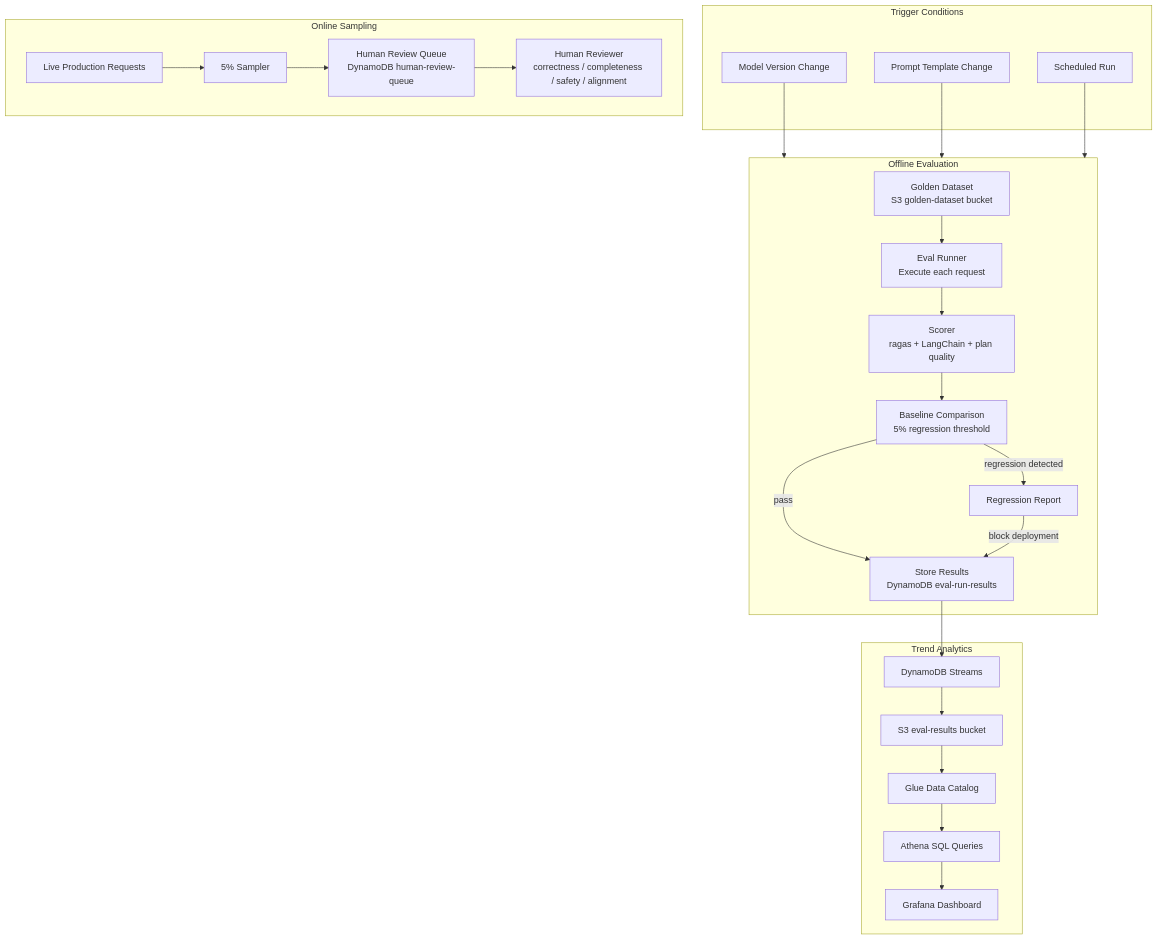
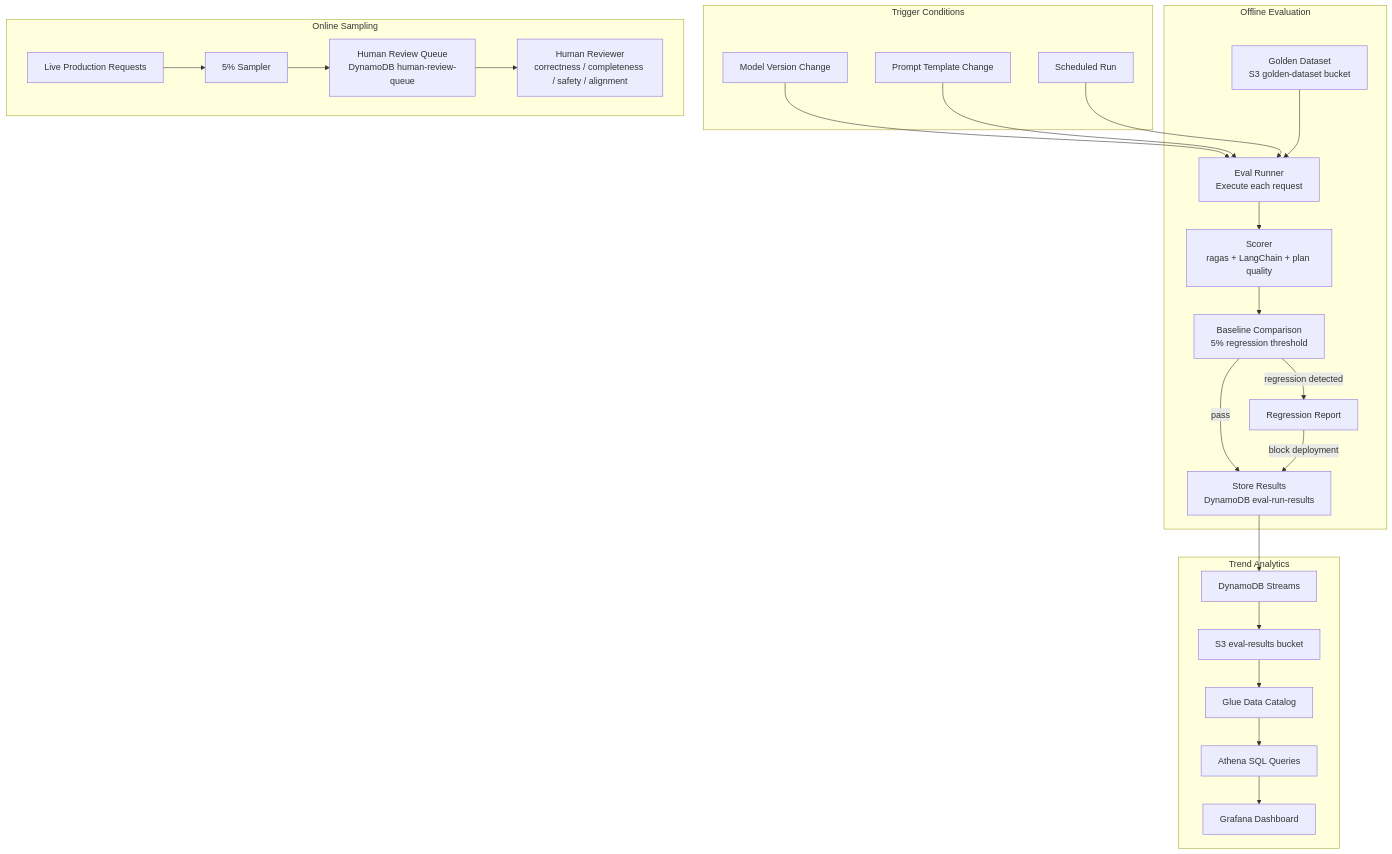
One commit to IIAXSISII/ace-agent changed the fourth of 4 diagrams in .kiro/specs/ace-agent/architecture.md. Above: the diagram before and after it, drawn with Mermaid. The commit also changed other lines of this file and 87 other files, not shown here.

````diff
--- a/.kiro/specs/ace-agent/architecture.md
+++ b/.kiro/specs/ace-agent/architecture.md
@@ -870,52 +870,52 @@
 ```mermaid
 flowchart TD
     subgraph Trigger["Trigger Conditions"]
         MC[Model Version Change]
         PC[Prompt Template Change]
         SCHED[Scheduled Run]
     end
 
     subgraph Offline["Offline Evaluation"]
         GD[Golden Dataset<br/>S3 golden-dataset bucket]
         RUN[Eval Runner<br/>Execute each request]
         SCORE[Scorer<br/>ragas + LangChain + plan quality]
         COMPARE[Baseline Comparison<br/>5% regression threshold]
         REPORT[Regression Report]
         STORE[Store Results<br/>DynamoDB eval-run-results]
     end
 
     subgraph Online["Online Sampling"]
         LIVE[Live Production Requests]
         SAMPLE[5% Sampler]
         HRQ[Human Review Queue<br/>DynamoDB human-review-queue]
         REVIEW[Human Reviewer<br/>correctness / completeness / safety / alignment]
     end
 
     subgraph Analytics["Trend Analytics"]
         STREAM[DynamoDB Streams]
         S3EVAL[S3 eval-results bucket]
         GLUE[Glue Data Catalog]
         ATHENA[Athena SQL Queries]
         GRAF[Grafana Dashboard]
     end
 
-    MC --> Offline
-    PC --> Offline
-    SCHED --> Offline
+    MC --> RUN
+    PC --> RUN
+    SCHED --> RUN
     GD --> RUN
     RUN --> SCORE
     SCORE --> COMPARE
     COMPARE -->|regression detected| REPORT
     COMPARE -->|pass| STORE
     REPORT -->|block deployment| STORE
 
     LIVE --> SAMPLE
     SAMPLE --> HRQ
     HRQ --> REVIEW
 
     STORE --> STREAM
     STREAM --> S3EVAL
     S3EVAL --> GLUE
     GLUE --> ATHENA
     ATHENA --> GRAF
 ```
````
